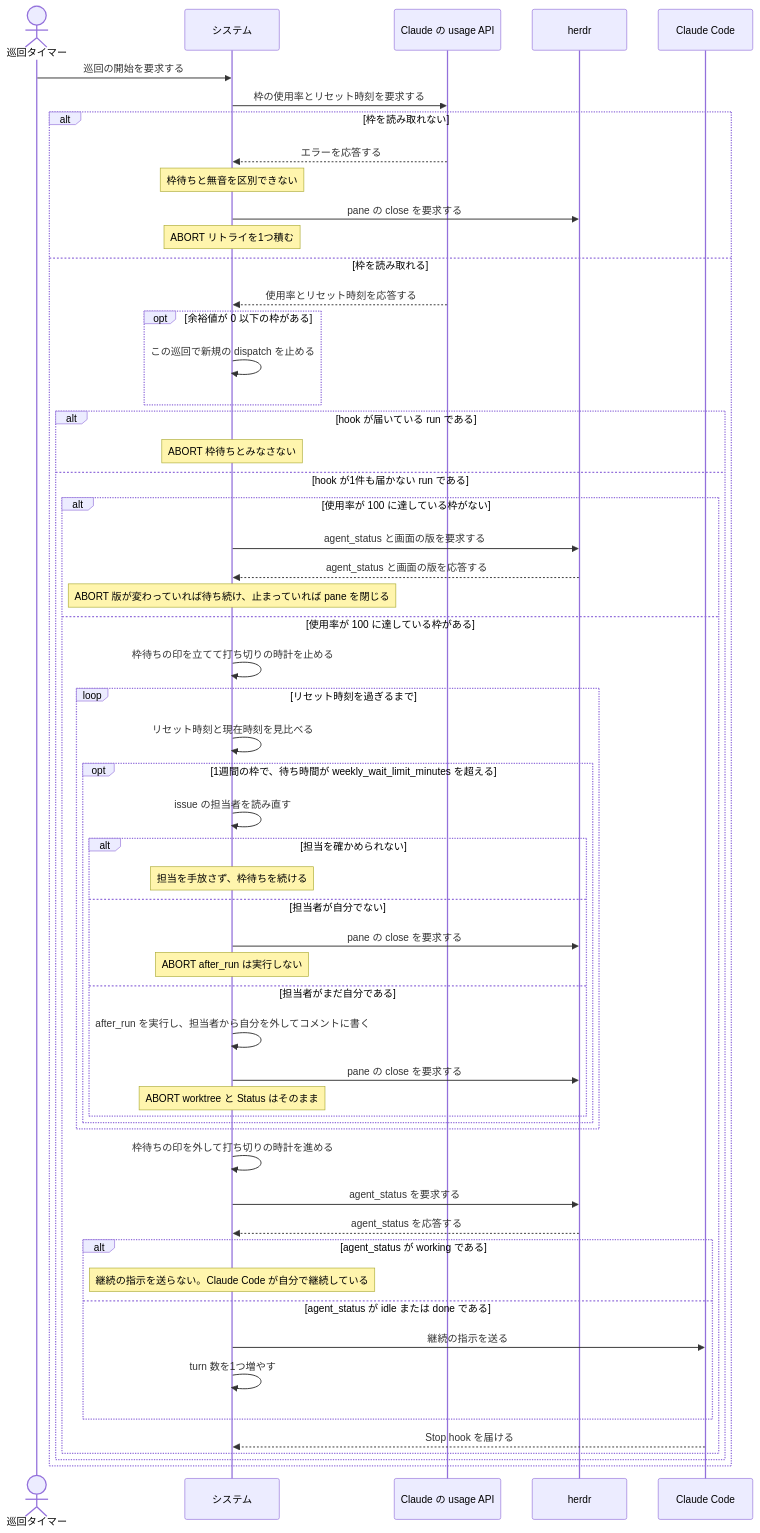
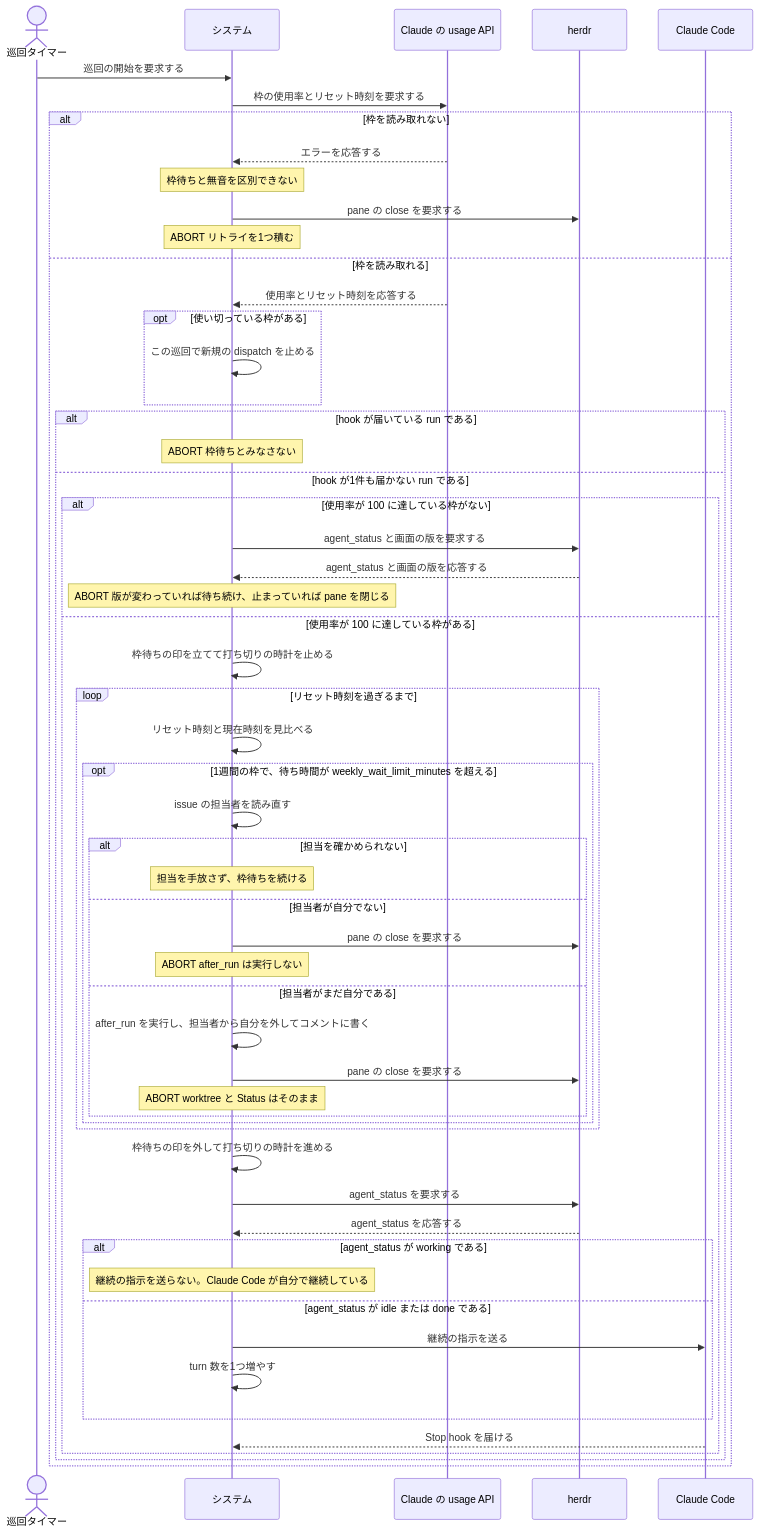
Before and after one commit to maimuzo/continuo: the second of 2 diagrams in docs/spec/usecases/particular_case/レートリミットで待って再開する.rucm.md, drawn with Mermaid. The commit also changed other lines of this file and 10 other files, not shown here.

````diff
--- a/docs/spec/usecases/particular_case/レートリミットで待って再開する.rucm.md
+++ b/docs/spec/usecases/particular_case/レートリミットで待って再開する.rucm.md
@@ -237,59 +237,59 @@
 ```mermaid
 sequenceDiagram
     actor T as 巡回タイマー
     participant S as システム
     participant API as Claude の usage API
     participant H as herdr
     participant CC as Claude Code
 
     T->>S: 巡回の開始を要求する
     S->>API: 枠の使用率とリセット時刻を要求する
     alt 枠を読み取れない
         API-->>S: エラーを応答する
         Note over S: 枠待ちと無音を区別できない
         S->>H: pane の close を要求する
         Note over S: ABORT リトライを1つ積む
     else 枠を読み取れる
         API-->>S: 使用率とリセット時刻を応答する
-        opt 余裕値が 0 以下の枠がある
+        opt 使い切っている枠がある
             S->>S: この巡回で新規の dispatch を止める
         end
         alt hook が届いている run である
             Note over S: ABORT 枠待ちとみなさない
         else hook が1件も届かない run である
             alt 使用率が 100 に達している枠がない
                 S->>H: agent_status と画面の版を要求する
                 H-->>S: agent_status と画面の版を応答する
                 Note over S: ABORT 版が変わっていれば待ち続け、止まっていれば pane を閉じる
             else 使用率が 100 に達している枠がある
                 S->>S: 枠待ちの印を立てて打ち切りの時計を止める
                 loop リセット時刻を過ぎるまで
                     S->>S: リセット時刻と現在時刻を見比べる
                     opt 1週間の枠で、待ち時間が weekly_wait_limit_minutes を超える
                         S->>S: issue の担当者を読み直す
                         alt 担当を確かめられない
                             Note over S: 担当を手放さず、枠待ちを続ける
                         else 担当者が自分でない
                             S->>H: pane の close を要求する
                             Note over S: ABORT after_run は実行しない
                         else 担当者がまだ自分である
                             S->>S: after_run を実行し、担当者から自分を外してコメントに書く
                             S->>H: pane の close を要求する
                             Note over S: ABORT worktree と Status はそのまま
                         end
                     end
                 end
                 S->>S: 枠待ちの印を外して打ち切りの時計を進める
                 S->>H: agent_status を要求する
                 H-->>S: agent_status を応答する
                 alt agent_status が working である
                     Note over S: 継続の指示を送らない。Claude Code が自分で継続している
                 else agent_status が idle または done である
                     S->>CC: 継続の指示を送る
                     S->>S: turn 数を1つ増やす
                 end
                 CC-->>S: Stop hook を届ける
             end
         end
     end
 ```
````
